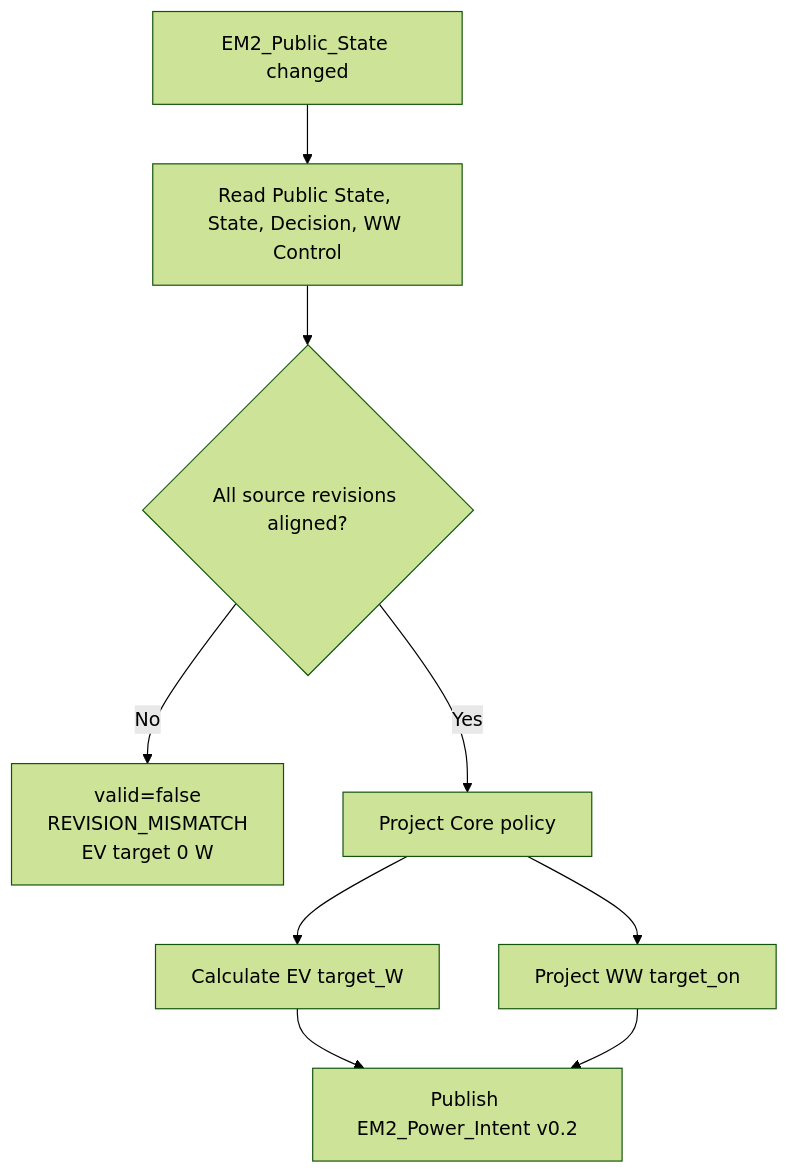
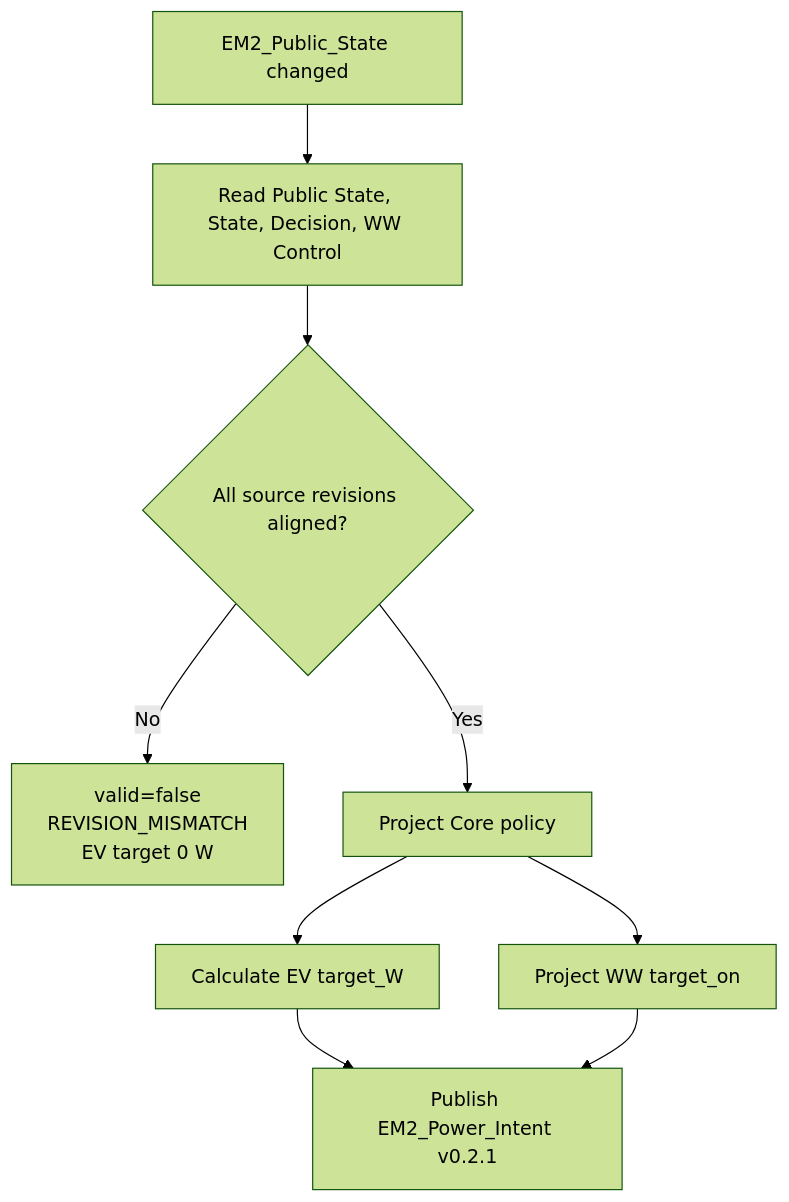
The fourth of 9 diagrams in docs/software-architecture/flows/planner-power-intent-flow.md (OnsKasteeltje/homey-energy-manual), drawn with Mermaid (forest theme) before and after one commit. The commit also changed other lines of this file, not shown here.

Commit message:
docs: correct Tesla opportunity and deadline flow policy

````diff
--- a/docs/software-architecture/flows/planner-power-intent-flow.md
+++ b/docs/software-architecture/flows/planner-power-intent-flow.md
@@ -168,13 +178,13 @@
 ```mermaid
 flowchart TD
     A[EM2_Public_State changed] --> B[Read Public State, State, Decision, WW Control]
     B --> C{All source revisions aligned?}
     C -->|No| D[valid=false
 REVISION_MISMATCH
 EV target 0 W]
     C -->|Yes| E[Project Core policy]
     E --> F[Calculate EV target_W]
     E --> G[Project WW target_on]
-    F --> H[Publish EM2_Power_Intent v0.2]
+    F --> H[Publish EM2_Power_Intent v0.2.1]
     G --> H
 ```
````
